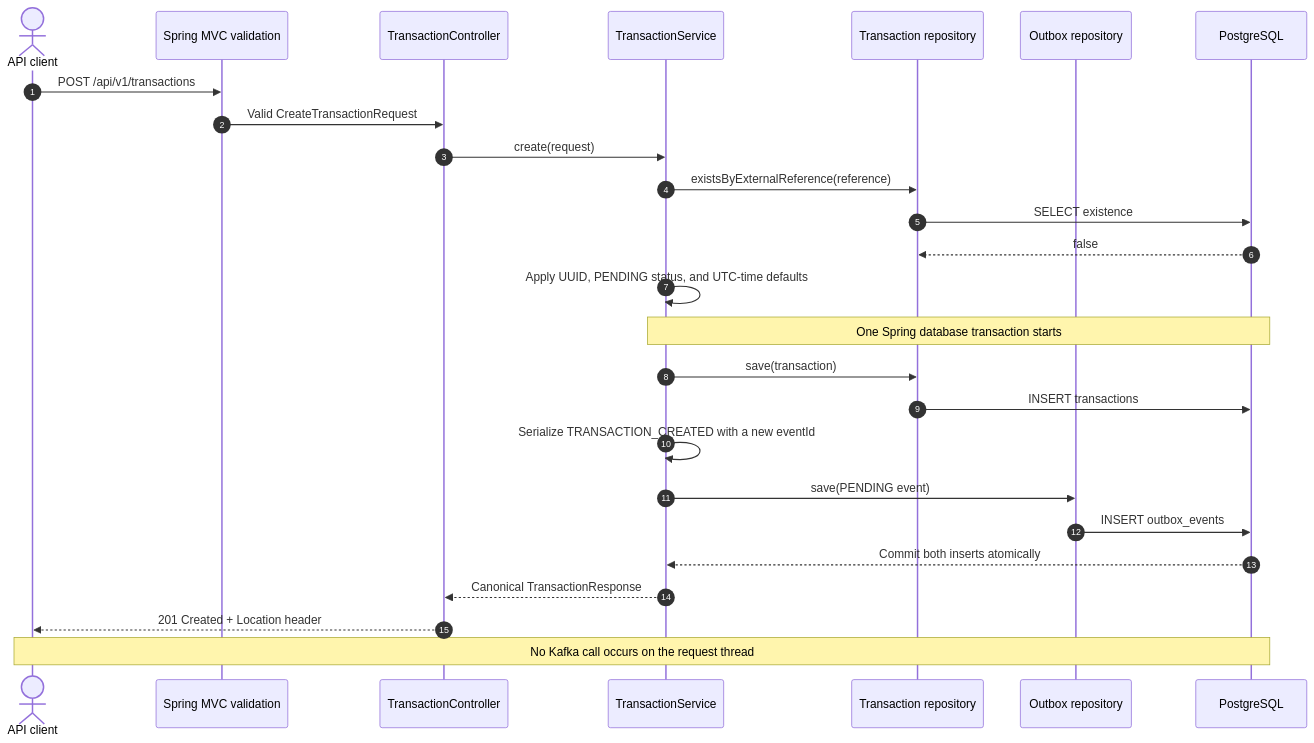
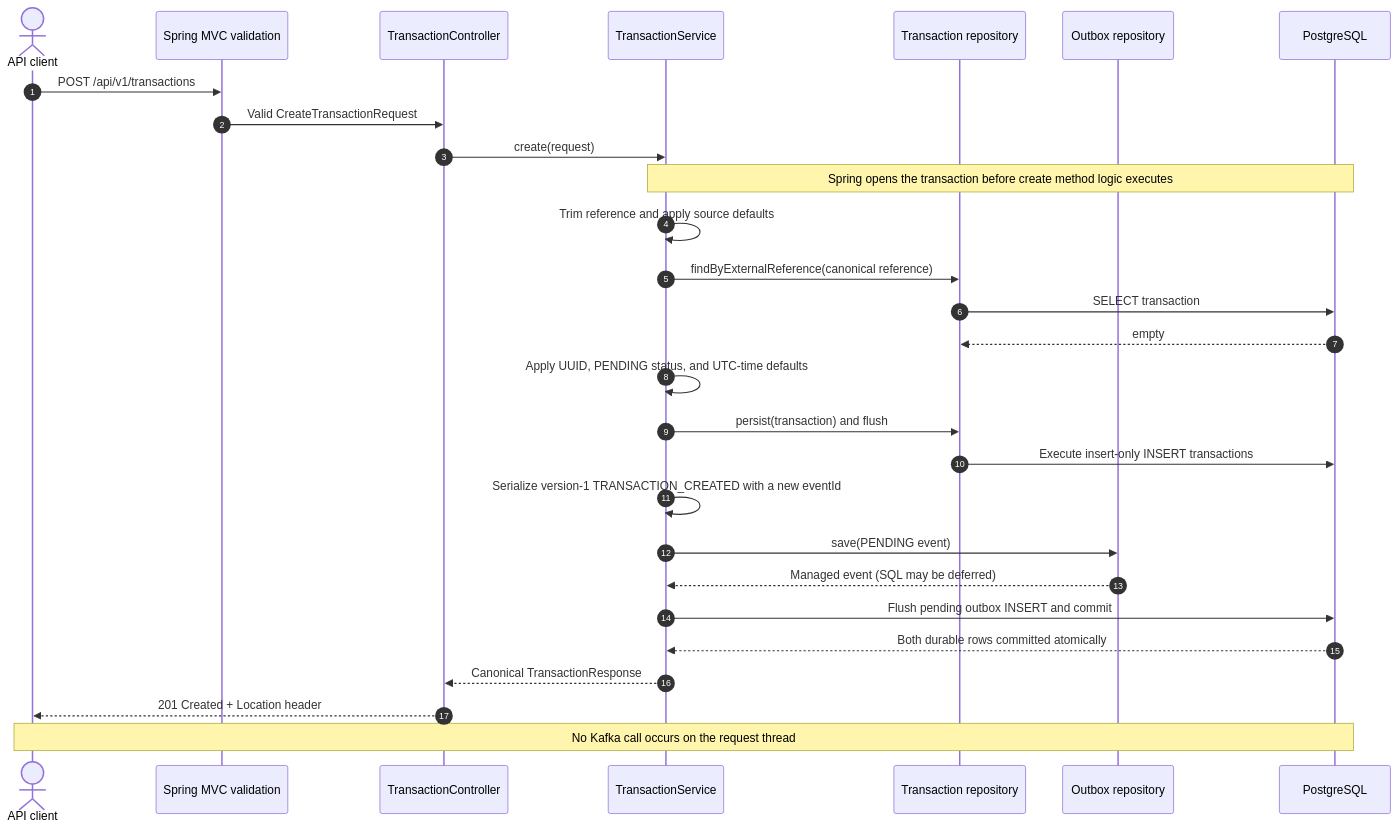
The first of 16 diagrams in docs/sequence-diagrams.md (tarunngusain08/transaction-outbox-service), drawn with Mermaid before and after one commit. The commit also changed other lines of this file and 62 other files, not shown here.

Commit message:
fix: harden transaction and outbox pipeline

````diff
--- a/docs/sequence-diagrams.md
+++ b/docs/sequence-diagrams.md
@@ -14,29 +14,31 @@
 ```mermaid
 sequenceDiagram
     autonumber
     actor Client as API client
     participant MVC as Spring MVC validation
     participant Controller as TransactionController
     participant Service as TransactionService
     participant TxRepo as Transaction repository
     participant OutboxRepo as Outbox repository
     participant DB as PostgreSQL
 
     Client->>MVC: POST /api/v1/transactions
     MVC->>Controller: Valid CreateTransactionRequest
     Controller->>Service: create(request)
-    Service->>TxRepo: existsByExternalReference(reference)
-    TxRepo->>DB: SELECT existence
-    DB-->>TxRepo: false
+    Note over Service,DB: Spring opens the transaction before create method logic executes
+    Service->>Service: Trim reference and apply source defaults
+    Service->>TxRepo: findByExternalReference(canonical reference)
+    TxRepo->>DB: SELECT transaction
+    DB-->>TxRepo: empty
     Service->>Service: Apply UUID, PENDING status, and UTC-time defaults
-    Note over Service,DB: One Spring database transaction starts
-    Service->>TxRepo: save(transaction)
-    TxRepo->>DB: INSERT transactions
-    Service->>Service: Serialize TRANSACTION_CREATED with a new eventId
+    Service->>TxRepo: persist(transaction) and flush
+    TxRepo->>DB: Execute insert-only INSERT transactions
+    Service->>Service: Serialize version-1 TRANSACTION_CREATED with a new eventId
     Service->>OutboxRepo: save(PENDING event)
-    OutboxRepo->>DB: INSERT outbox_events
-    DB-->>Service: Commit both inserts atomically
+    OutboxRepo-->>Service: Managed event (SQL may be deferred)
+    Service->>DB: Flush pending outbox INSERT and commit
+    DB-->>Service: Both durable rows committed atomically
     Service-->>Controller: Canonical TransactionResponse
     Controller-->>Client: 201 Created + Location header
     Note over Client,DB: No Kafka call occurs on the request thread
 ```
````
